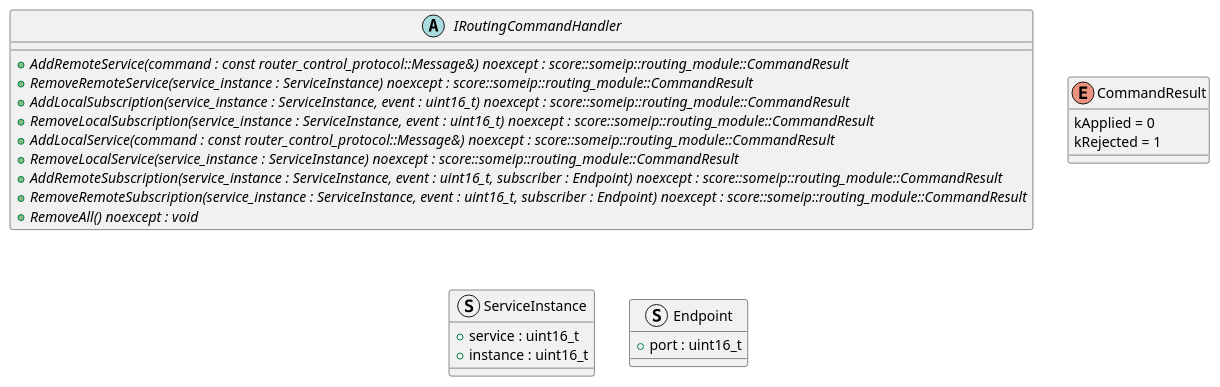
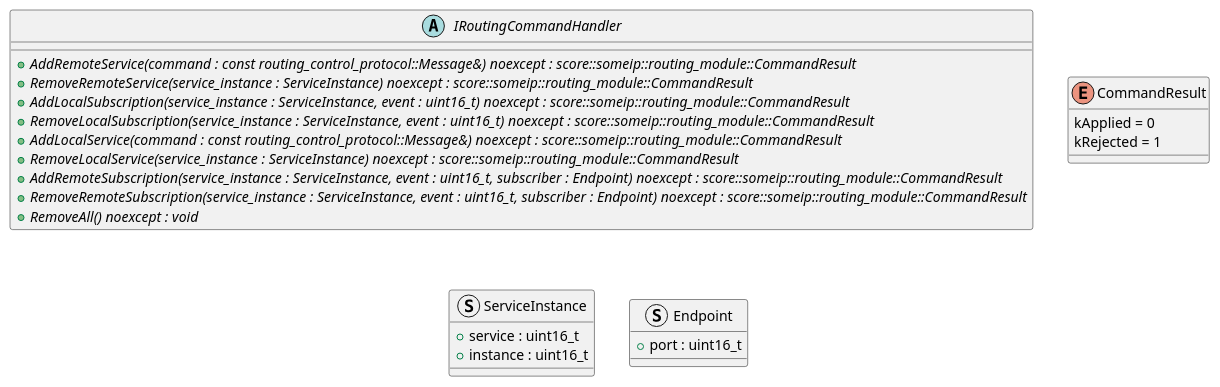
The diagram in score/someip/routing_module/routing_manager/dependability/routing_command_handler_class.puml (eclipse-score/communication), drawn with PlantUML before and after one commit. The commit also changed 26 other files, not shown here.

First line of the commit message:
someip: align routing control names across architecture

```diff
--- a/score/someip/routing_module/routing_manager/dependability/routing_command_handler_class.puml
+++ b/score/someip/routing_module/routing_manager/dependability/routing_command_handler_class.puml
@@ -14,29 +14,29 @@
 @startuml routing_command_handler_class
 
 abstract class IRoutingCommandHandler {
-    + {abstract} AddRemoteService(command : const router_control_protocol::Message&) noexcept : score::someip::routing_module::CommandResult
+    + {abstract} AddRemoteService(command : const routing_control_protocol::Message&) noexcept : score::someip::routing_module::CommandResult
     + {abstract} RemoveRemoteService(service_instance : ServiceInstance) noexcept : score::someip::routing_module::CommandResult
     + {abstract} AddLocalSubscription(service_instance : ServiceInstance, event : uint16_t) noexcept : score::someip::routing_module::CommandResult
     + {abstract} RemoveLocalSubscription(service_instance : ServiceInstance, event : uint16_t) noexcept : score::someip::routing_module::CommandResult
-    + {abstract} AddLocalService(command : const router_control_protocol::Message&) noexcept : score::someip::routing_module::CommandResult
+    + {abstract} AddLocalService(command : const routing_control_protocol::Message&) noexcept : score::someip::routing_module::CommandResult
     + {abstract} RemoveLocalService(service_instance : ServiceInstance) noexcept : score::someip::routing_module::CommandResult
     + {abstract} AddRemoteSubscription(service_instance : ServiceInstance, event : uint16_t, subscriber : Endpoint) noexcept : score::someip::routing_module::CommandResult
     + {abstract} RemoveRemoteSubscription(service_instance : ServiceInstance, event : uint16_t, subscriber : Endpoint) noexcept : score::someip::routing_module::CommandResult
     + {abstract} RemoveAll() noexcept : void
 }
 
 enum CommandResult {
     kApplied = 0
     kRejected = 1
 }
 
 struct ServiceInstance {
     + service : uint16_t
     + instance : uint16_t
 }
 
 struct Endpoint {
     + port : uint16_t
 }
 
 @enduml
```
